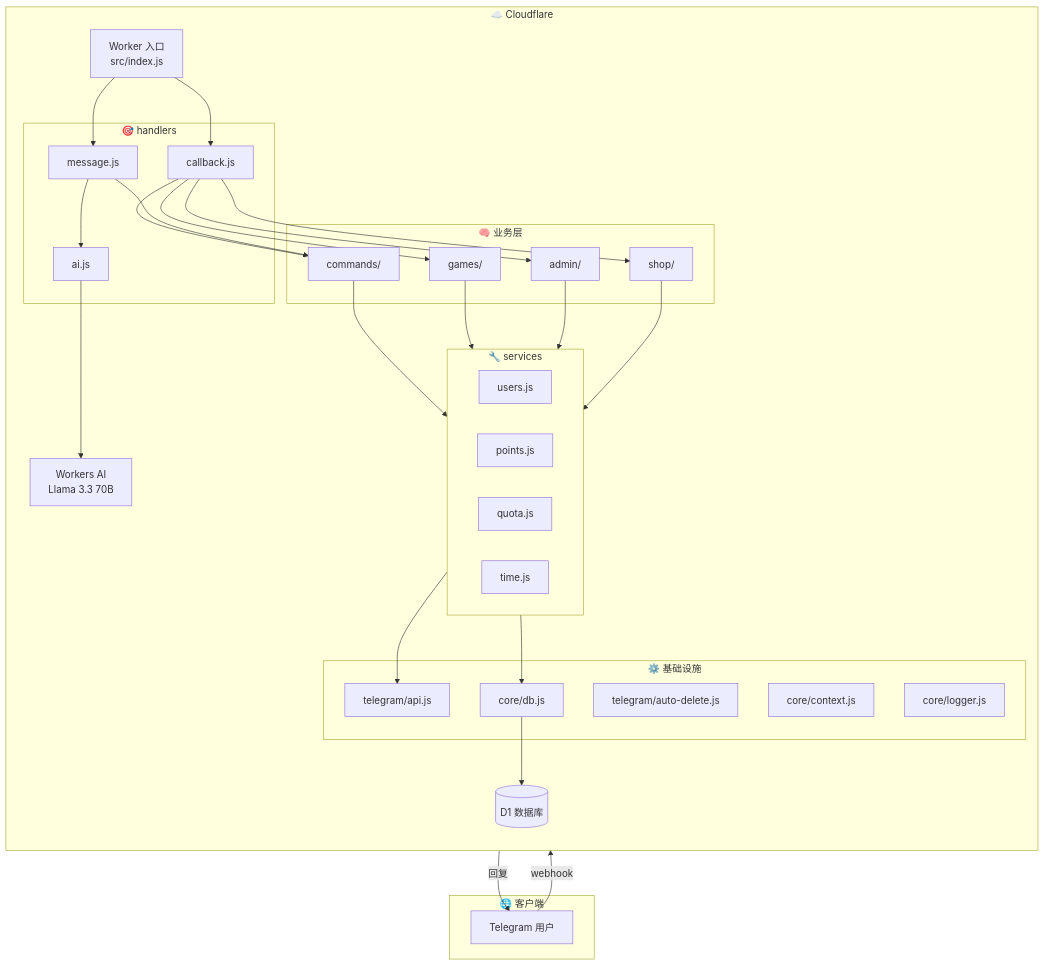
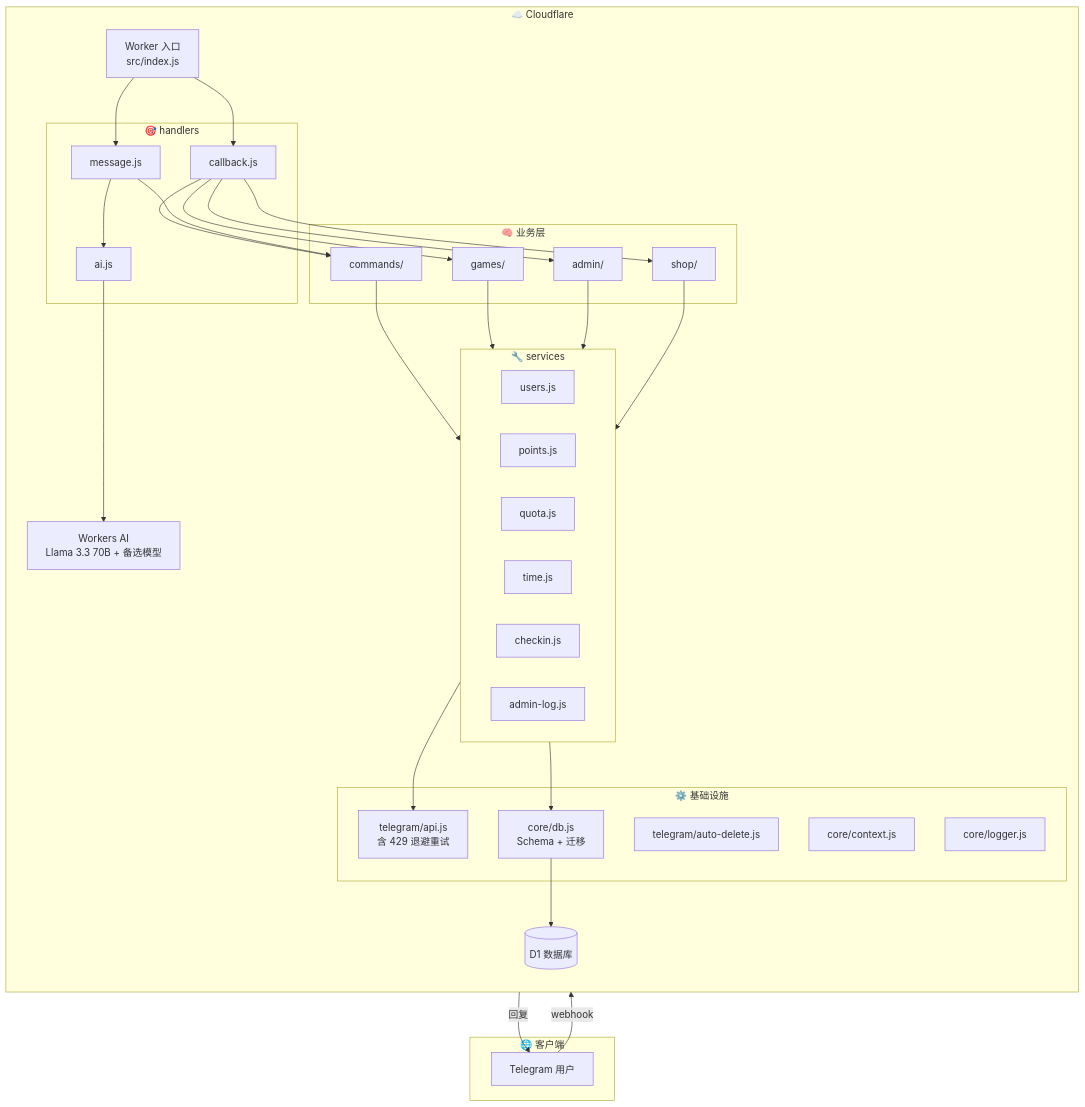
The first of 7 diagrams in README.md (ZooolpMoon/tgbot), drawn with Mermaid before and after one commit. The commit also changed other lines of this file and 3 other files, not shown here.

````diff
--- a/README.md
+++ b/README.md
@@ -188,61 +318,63 @@
 ```mermaid
 flowchart TB
     subgraph Client["🌐 客户端"]
         U[Telegram 用户]
     end
 
     subgraph CF["☁️ Cloudflare"]
         direction TB
         W[Worker 入口<br/>src/index.js]
 
         subgraph H["🎯 handlers"]
             H1[callback.js]
             H2[message.js]
             H3[ai.js]
         end
 
         subgraph BIZ["🧠 业务层"]
             B1[commands/]
             B2[games/]
             B3[admin/]
             B4[shop/]
         end
 
         subgraph SVC["🔧 services"]
             S1[users.js]
             S2[points.js]
             S3[quota.js]
             S4[time.js]
+            S5[checkin.js]
+            S6[admin-log.js]
         end
 
         subgraph INFRA["⚙️ 基础设施"]
-            I1[telegram/api.js]
+            I1[telegram/api.js<br/>含 429 退避重试]
             I2[telegram/auto-delete.js]
-            I3[core/db.js]
+            I3[core/db.js<br/>Schema + 迁移]
             I4[core/context.js]
             I5[core/logger.js]
         end
 
         D1[(D1 数据库)]
-        AI[Workers AI<br/>Llama 3.3 70B]
+        AI[Workers AI<br/>Llama 3.3 70B + 备选模型]
     end
 
     U -->|webhook| W
     W --> H1
     W --> H2
     H1 --> B1
     H1 --> B2
     H1 --> B3
     H1 --> B4
     H2 --> B1
     H2 --> H3
     H3 --> AI
     B1 --> SVC
     B2 --> SVC
     B3 --> SVC
     B4 --> SVC
     SVC --> I3
     SVC --> I1
     I3 --> D1
     I1 -->|回复| U
 ```
````
